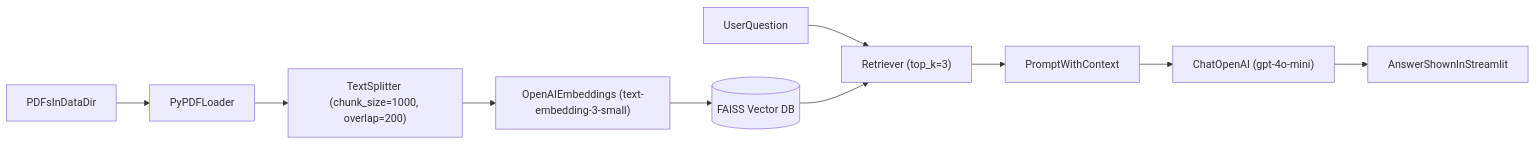
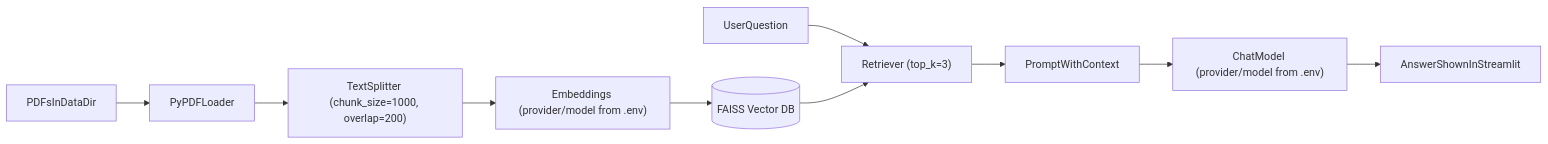
Before and after one commit to chandra-jagarlamudi/ai: the diagram in agentic-ai-bootcamp/assignment1/README.md, drawn with Mermaid. The commit also changed other lines of this file and 6 other files, not shown here.

````diff
--- a/agentic-ai-bootcamp/assignment1/README.md
+++ b/agentic-ai-bootcamp/assignment1/README.md
@@ -11,12 +11,12 @@
 ```mermaid
 flowchart LR
   PDFs[PDFsInDataDir] --> Loader[PyPDFLoader]
   Loader --> Splitter["TextSplitter (chunk_size=1000, overlap=200)"]
-  Splitter --> Embeddings["OpenAIEmbeddings (text-embedding-3-small)"]
+  Splitter --> Embeddings["Embeddings (provider/model from .env)"]
   Embeddings --> FAISS[(FAISS Vector DB)]
   UserQ[UserQuestion] --> Retriever["Retriever (top_k=3)"]
   FAISS --> Retriever
   Retriever --> Prompt[PromptWithContext]
-  Prompt --> LLM["ChatOpenAI (gpt-4o-mini)"]
+  Prompt --> LLM["ChatModel (provider/model from .env)"]
   LLM --> Answer[AnswerShownInStreamlit]
 ```
````
